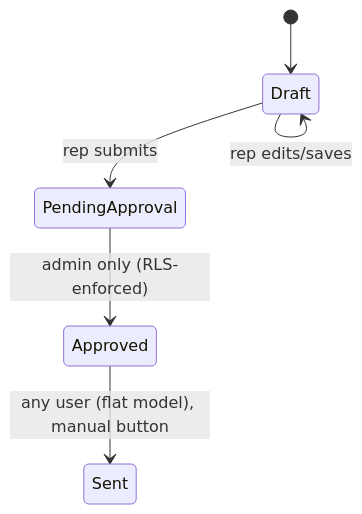
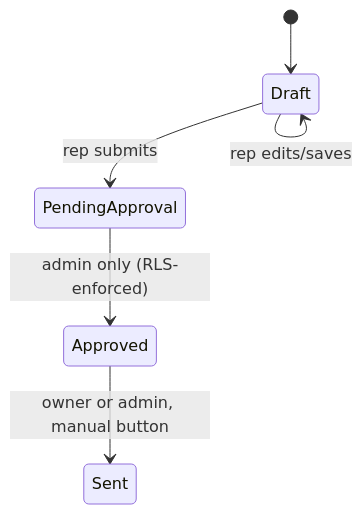
The second of 2 diagrams in docs/ARCHITECTURE.md (Cueserve/rr-redyquote), drawn with Mermaid before and after one commit. The commit also changed other lines of this file and 4 other files, not shown here.

Commit message:
Refine authorization model and documentation: clarify admin-only roles, enforce RLS for all writes, and add settings/branding audit history.

````diff
--- a/docs/ARCHITECTURE.md
+++ b/docs/ARCHITECTURE.md
@@ -94,8 +95,8 @@
 ```mermaid
 stateDiagram-v2
     [*] --> Draft
     Draft --> PendingApproval: rep submits
     PendingApproval --> Approved: admin only (RLS-enforced)
-    Approved --> Sent: any user (flat model), manual button
+    Approved --> Sent: owner or admin, manual button
     Draft --> Draft: rep edits/saves
 ```
````
